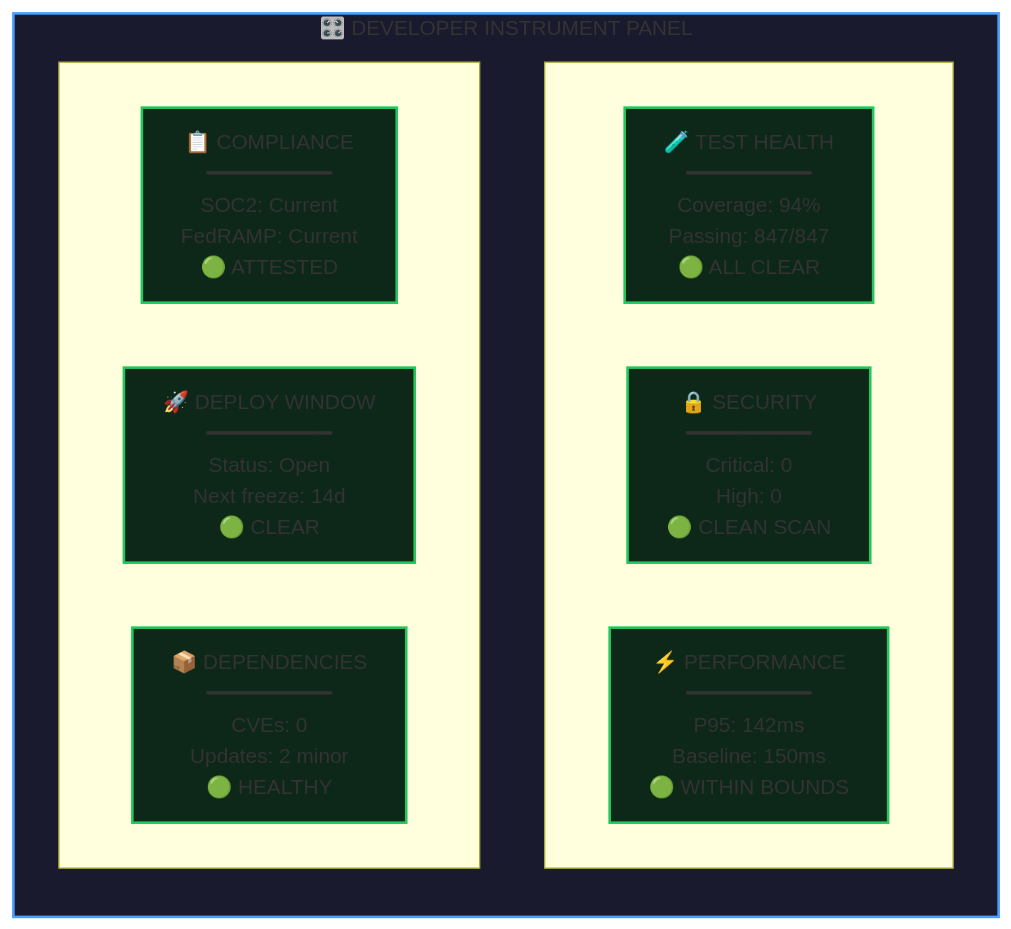
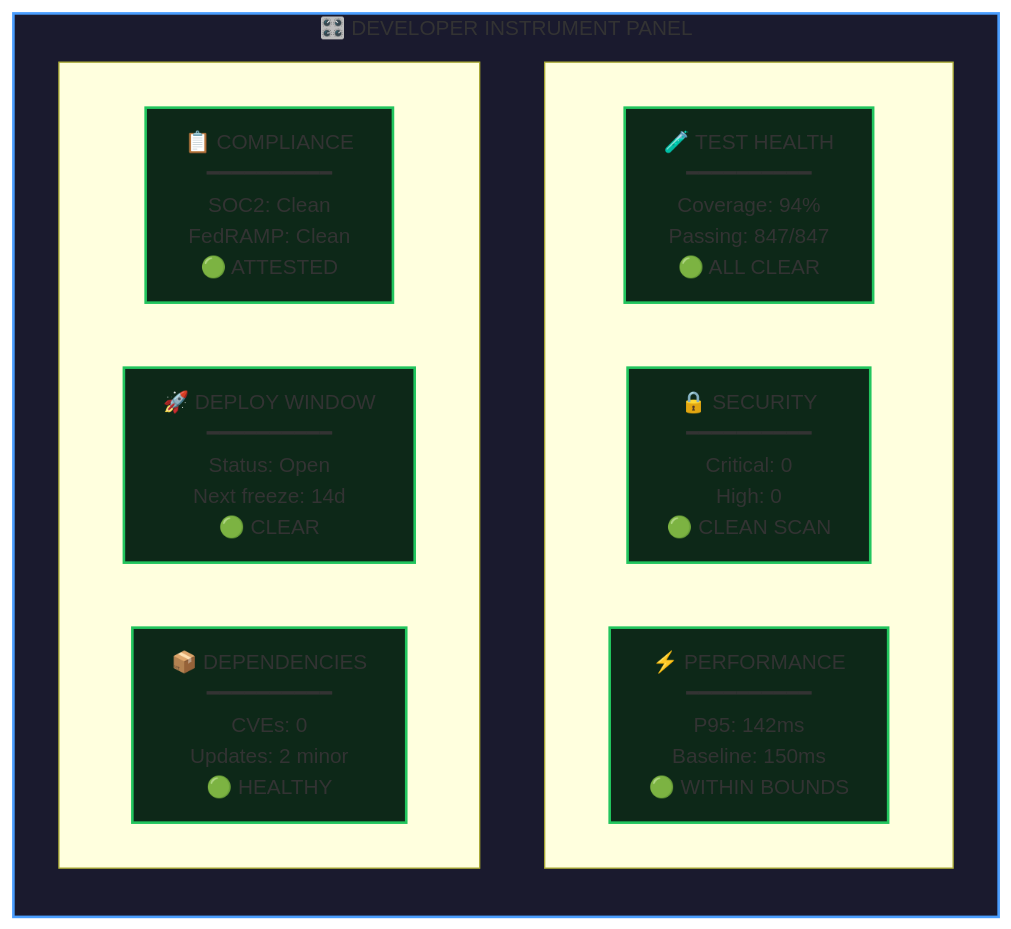
The second of 4 diagrams in modules/executive/agentic-flight/README.md (MSBart2/CopilotWorkshop), drawn with Mermaid before and after one commit. The commit also changed other lines of this file and 5 other files, not shown here.

````diff
--- a/modules/executive/agentic-flight/README.md
+++ b/modules/executive/agentic-flight/README.md
@@ -47,26 +129,26 @@
 ```mermaid
 flowchart TB
-    subgraph cockpit["🎛️ DEVELOPER INSTRUMENT PANEL"]
+    subgraph cockpit["🎛️ DEVELOPER INSTRUMENT PANEL                    "]
         direction TB
         subgraph row1[" "]
             direction LR
             test["🧪 TEST HEALTH<br/>━━━━━━━━━━<br/>Coverage: 94%<br/>Passing: 847/847<br/>🟢 ALL CLEAR"]
             security["🔒 SECURITY<br/>━━━━━━━━━━<br/>Critical: 0<br/>High: 0<br/>🟢 CLEAN SCAN"]
             perf["⚡ PERFORMANCE<br/>━━━━━━━━━━<br/>P95: 142ms<br/>Baseline: 150ms<br/>🟢 WITHIN BOUNDS"]
         end
         subgraph row2[" "]
             direction LR
-            compliance["📋 COMPLIANCE<br/>━━━━━━━━━━<br/>SOC2: Current<br/>FedRAMP: Current<br/>🟢 ATTESTED"]
+            compliance["📋 COMPLIANCE<br/>━━━━━━━━━━<br/>SOC2: Clean<br/>FedRAMP: Clean<br/>🟢 ATTESTED"]
             deploy["🚀 DEPLOY WINDOW<br/>━━━━━━━━━━<br/>Status: Open<br/>Next freeze: 14d<br/>🟢 CLEAR"]
             deps["📦 DEPENDENCIES<br/>━━━━━━━━━━<br/>CVEs: 0<br/>Updates: 2 minor<br/>🟢 HEALTHY"]
         end
     end
 
     style cockpit fill:#1a1a2e,stroke:#4a9eff,stroke-width:2px
     style test fill:#0d2818,stroke:#22c55e,stroke-width:2px
     style security fill:#0d2818,stroke:#22c55e,stroke-width:2px
     style perf fill:#0d2818,stroke:#22c55e,stroke-width:2px
     style compliance fill:#0d2818,stroke:#22c55e,stroke-width:2px
     style deploy fill:#0d2818,stroke:#22c55e,stroke-width:2px
     style deps fill:#0d2818,stroke:#22c55e,stroke-width:2px
 ```
````
